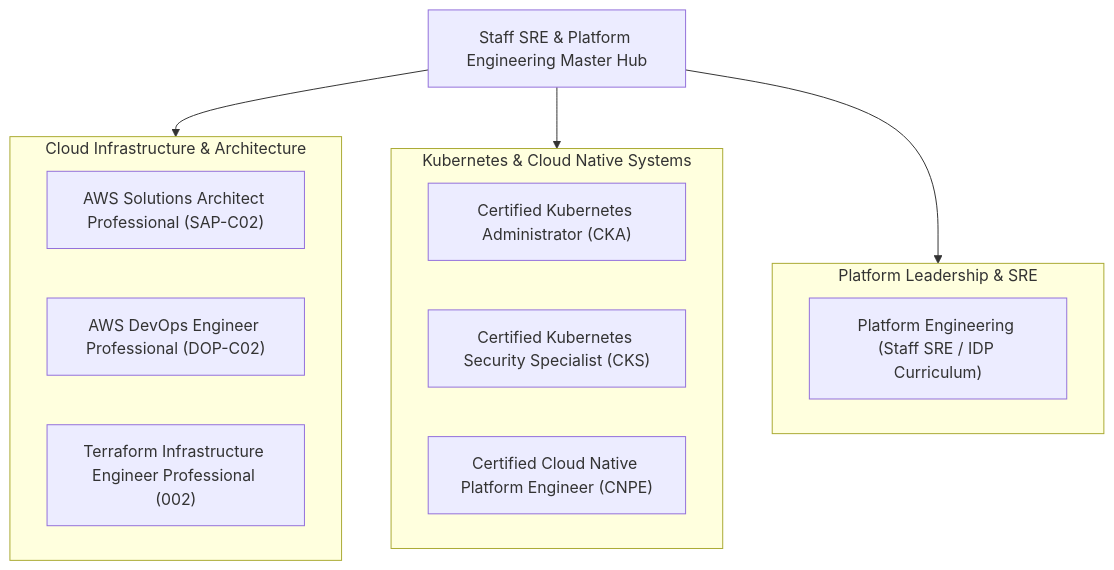
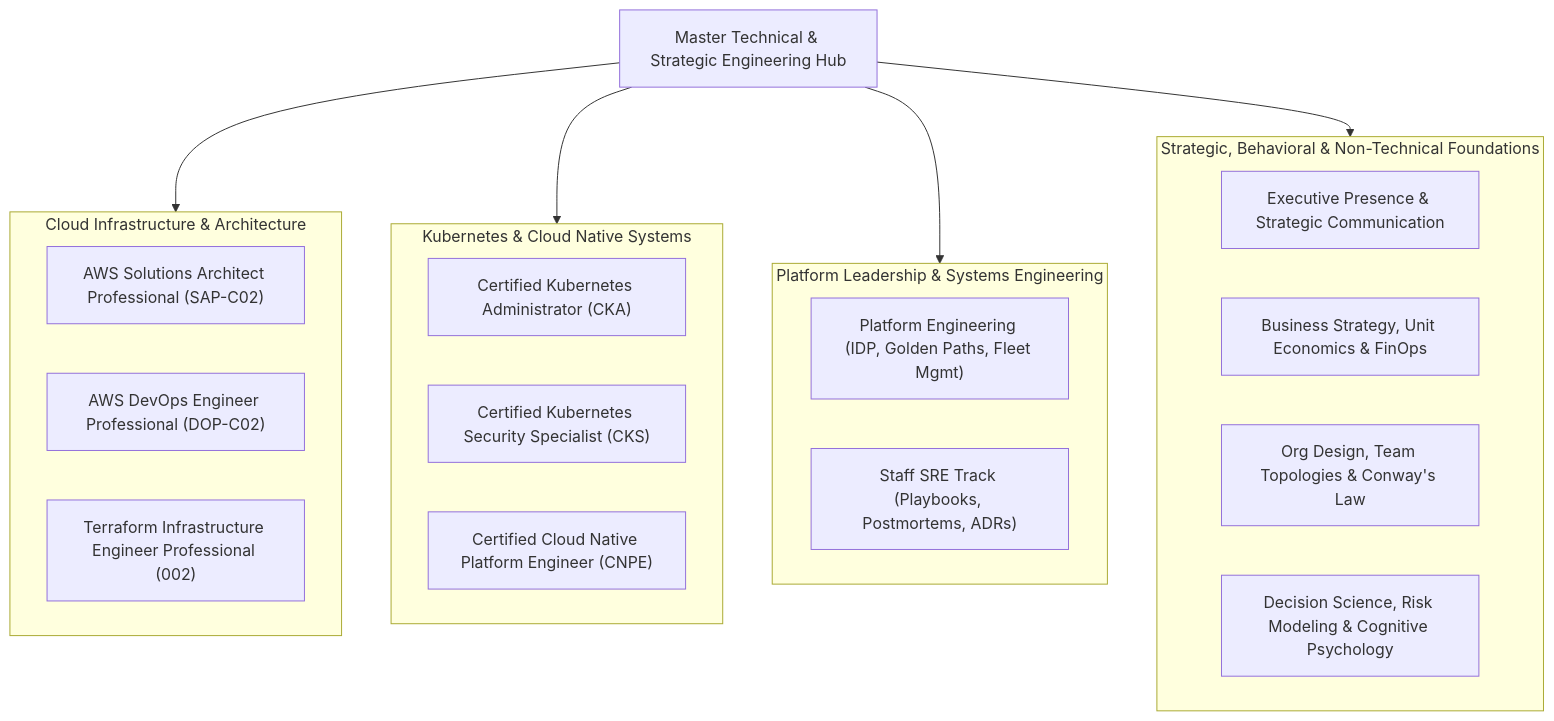
The diagram in README.md (kendricklawton/technical), drawn with Mermaid before and after one commit. The commit also changed other lines of this file, not shown here.

Commit message:
docs: expand master curriculum README with strategic and non-technical leadership roadmap

````diff
--- a/README.md
+++ b/README.md
@@ -9,24 +11,33 @@
 ```mermaid
 flowchart TD
-    Hub["Staff SRE & Platform Engineering Master Hub"]
+    Hub["Master Technical & Strategic Engineering Hub"]
     
     subgraph CloudInfra["Cloud Infrastructure & Architecture"]
         AWS_SA["AWS Solutions Architect Professional (SAP-C02)"]
         AWS_DO["AWS DevOps Engineer Professional (DOP-C02)"]
         TF_PRO["Terraform Infrastructure Engineer Professional (002)"]
     end
 
     subgraph K8sSecurity["Kubernetes & Cloud Native Systems"]
         CKA["Certified Kubernetes Administrator (CKA)"]
         CKS["Certified Kubernetes Security Specialist (CKS)"]
         CNPE["Certified Cloud Native Platform Engineer (CNPE)"]
     end
 
-    subgraph StaffTrack["Platform Leadership & SRE"]
-        PE["Platform Engineering (Staff SRE / IDP Curriculum)"]
+    subgraph StaffPlatform["Platform Leadership & Systems Engineering"]
+        PE["Platform Engineering (IDP, Golden Paths, Fleet Mgmt)"]
+        STAFF["Staff SRE Track (Playbooks, Postmortems, ADRs)"]
+    end
+
+    subgraph NonTechStrategic["Strategic, Behavioral & Non-Technical Foundations"]
+        EXEC["Executive Presence & Strategic Communication"]
+        BIZ["Business Strategy, Unit Economics & FinOps"]
+        ORG["Org Design, Team Topologies & Conway's Law"]
+        DECISION["Decision Science, Risk Modeling & Cognitive Psychology"]
     end
 
     Hub --> CloudInfra
     Hub --> K8sSecurity
-    Hub --> StaffTrack
+    Hub --> StaffPlatform
+    Hub --> NonTechStrategic
 ```
````
